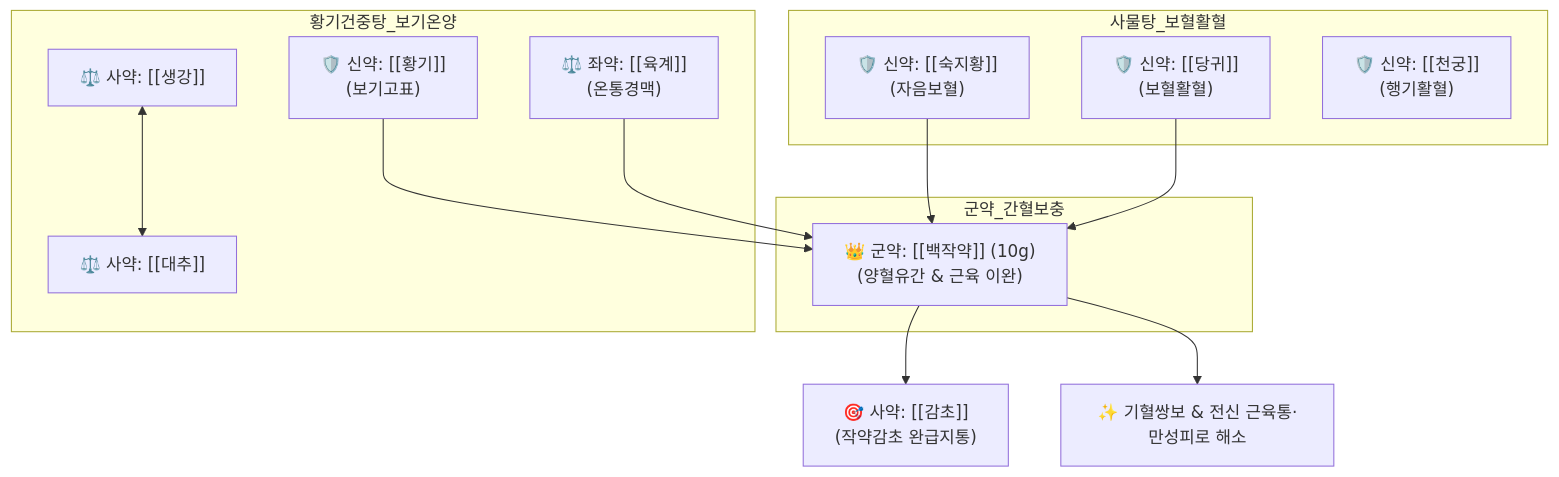
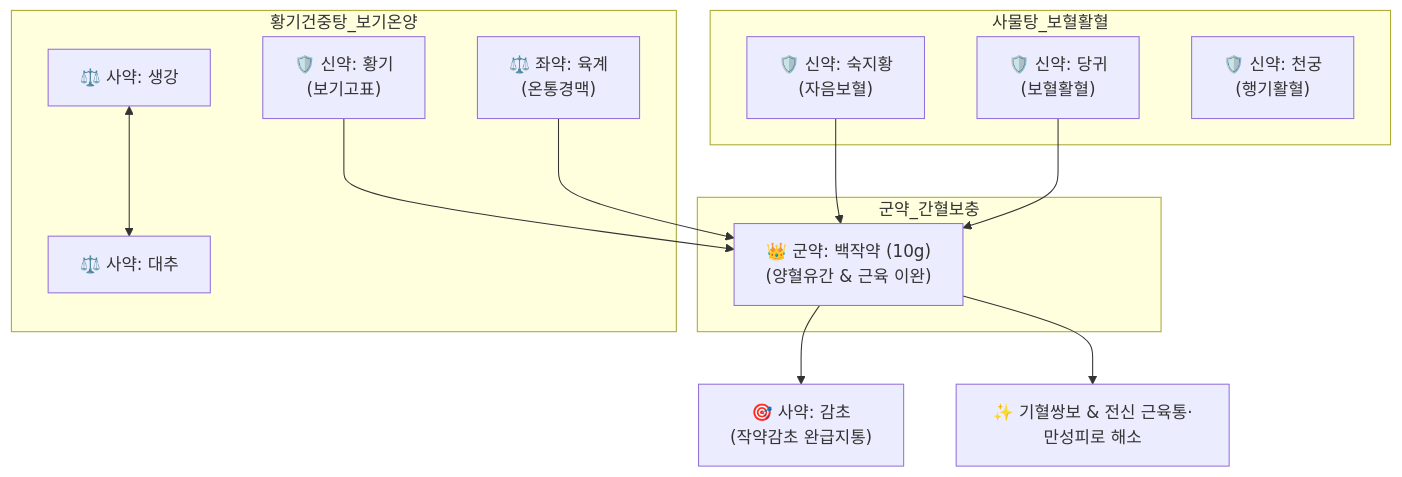
One commit to simbio11/simbio-digital-garden2 changed the diagram in content/2. 약리 공부/처방/02_보익제/쌍화탕.md. Above: the diagram before and after it, drawn with Mermaid. The commit also changed other lines of this file and 323 other files, not shown here.

````diff
--- a/content/2. 약리 공부/처방/02_보익제/쌍화탕.md
+++ b/content/2. 약리 공부/처방/02_보익제/쌍화탕.md
@@ -56,22 +58,22 @@
 ```mermaid
 graph TD
     subgraph 군약_간혈보충
-        JY["👑 군약: [[백작약]] (10g)<br>(양혈유간 & 근육 이완)"]
+        JY["👑 군약: 백작약 (10g)<br>(양혈유간 & 근육 이완)"]
     end
     subgraph 사물탕_보혈활혈
-        SJ["🛡️ 신약: [[숙지황]]<br>(자음보혈)"]
-        DG["🛡️ 신약: [[당귀]]<br>(보혈활혈)"]
-        CG["🛡️ 신약: [[천궁]]<br>(행기활혈)"]
+        SJ["🛡️ 신약: 숙지황<br>(자음보혈)"]
+        DG["🛡️ 신약: 당귀<br>(보혈활혈)"]
+        CG["🛡️ 신약: 천궁<br>(행기활혈)"]
     end
     subgraph 황기건중탕_보기온양
-        HG["🛡️ 신약: [[황기]]<br>(보기고표)"]
-        YK["⚖️ 좌약: [[육계]]<br>(온통경맥)"]
-        SG["⚖️ 사약: [[생강]]"] <--> DC["⚖️ 사약: [[대추]]"]
+        HG["🛡️ 신약: 황기<br>(보기고표)"]
+        YK["⚖️ 좌약: 육계<br>(온통경맥)"]
+        SG["⚖️ 사약: 생강"] <--> DC["⚖️ 사약: 대추"]
     end
-    JY --> GC["🎯 사약: [[감초]]<br>(작약감초 완급지통)"]
+    JY --> GC["🎯 사약: 감초<br>(작약감초 완급지통)"]
     SJ --> JY
     DG --> JY
     HG --> JY
     YK --> JY
     JY --> Outcome["✨ 기혈쌍보 & 전신 근육통·만성피로 해소"]
 ```
````
